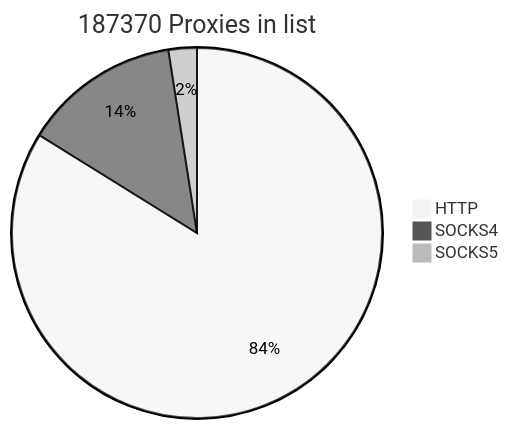
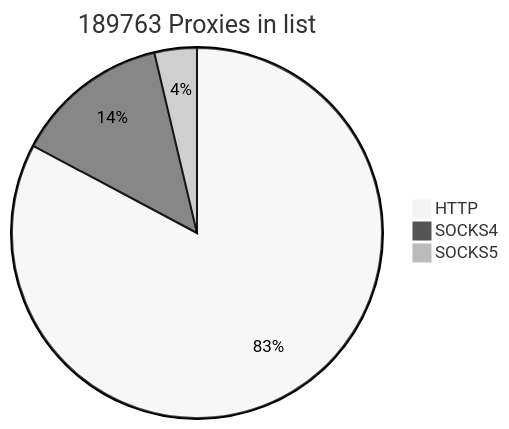
One commit to cutipu/proxylist changed the first of 2 diagrams in README.md. Above: the diagram before and after it, drawn with Mermaid (neutral theme). The commit also changed other lines of this file, not shown here.

````diff
--- a/README.md
+++ b/README.md
@@ -2,7 +2,7 @@
 ```mermaid
-pie title 187370 Proxies in list
-    "HTTP" : 157094
-    "SOCKS4" : 25641
-    "SOCKS5" : 4635
+pie title 189763 Proxies in list
+    "HTTP" : 157099
+    "SOCKS4" : 25643
+    "SOCKS5" : 7021
             
 ```
````
